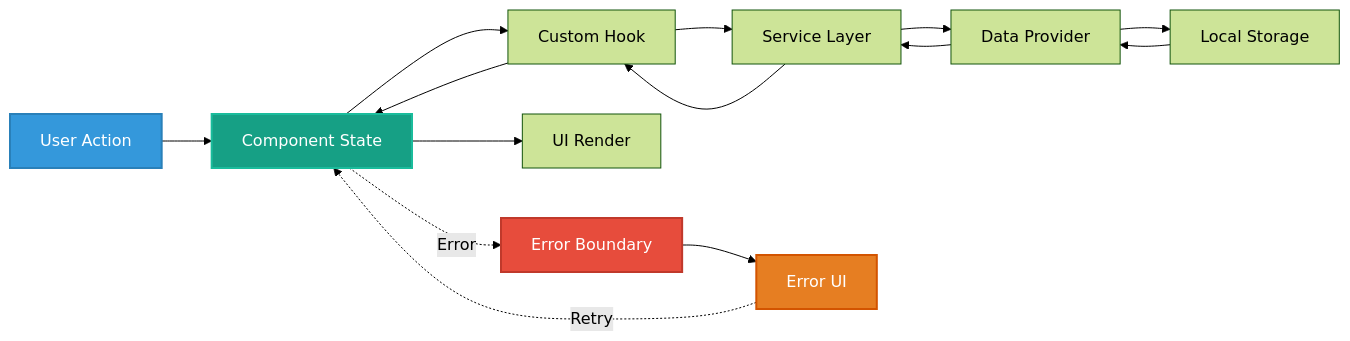
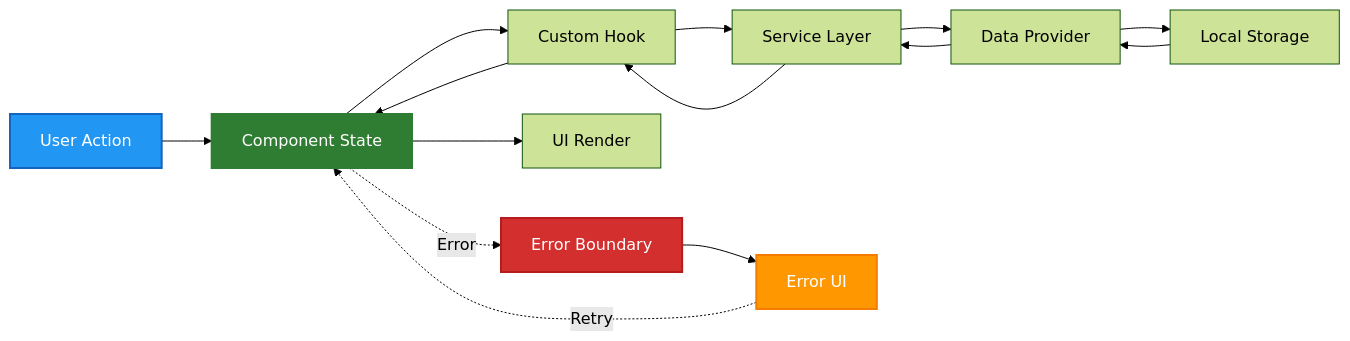
The first of 11 diagrams in docs/architecture/STATEDIAGRAM.md (step-security-bot/cia-compliance-manager), drawn with Mermaid (forest theme) before and after one commit. The commit also changed other lines of this file and 27 other files, not shown here.

First line of the commit message:
fix: resolve broken mermaid diagrams and improve color coding to match ISMS style guide (#1106)

````diff
--- a/docs/architecture/STATEDIAGRAM.md
+++ b/docs/architecture/STATEDIAGRAM.md
@@ -43,22 +43,22 @@
 ```mermaid
 graph LR
     A[User Action] --> B[Component State]
     B --> C[Custom Hook]
     C --> D[Service Layer]
     D --> E[Data Provider]
     E --> F[Local Storage]
     F --> E
     E --> D
     D --> C
     C --> B
     B --> G[UI Render]
     
     B -.Error.-> H[Error Boundary]
     H --> I[Error UI]
     I -.Retry.-> B
     
-    style A fill:#3498db,stroke:#2980b9,stroke-width:2px,color:white
-    style B fill:#16a085,stroke:#1abc9c,stroke-width:2px,color:white
-    style H fill:#e74c3c,stroke:#c0392b,stroke-width:2px,color:white
-    style I fill:#e67e22,stroke:#d35400,stroke-width:2px,color:white
+    style A fill:#2196F3,stroke:#1565C0,stroke-width:2px,color:white
+    style B fill:#2E7D32,stroke:#2E7D32,stroke-width:2px,color:white
+    style H fill:#D32F2F,stroke:#B71C1C,stroke-width:2px,color:white
+    style I fill:#FF9800,stroke:#F57C00,stroke-width:2px,color:white
 ```
````
